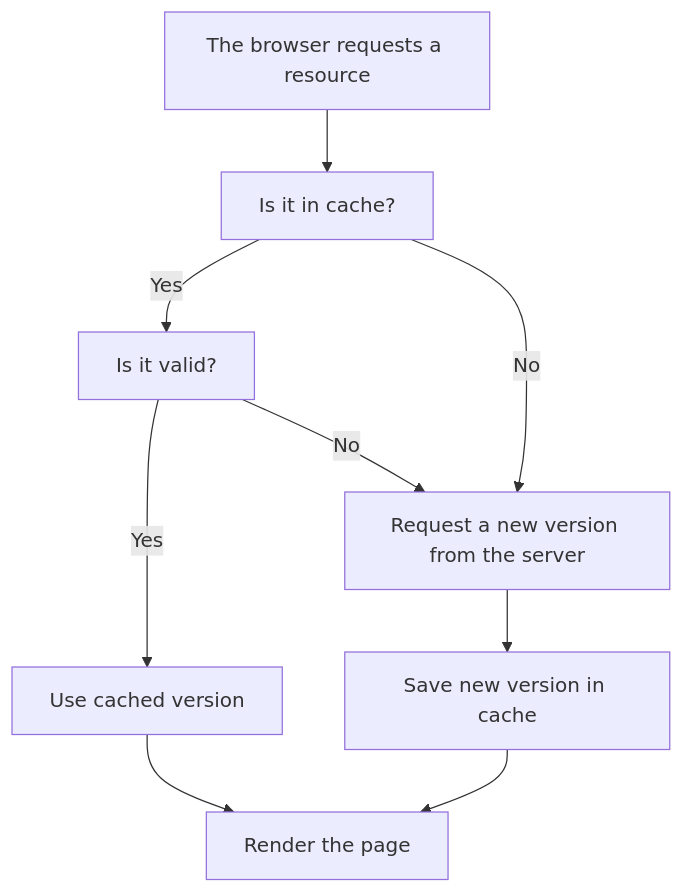
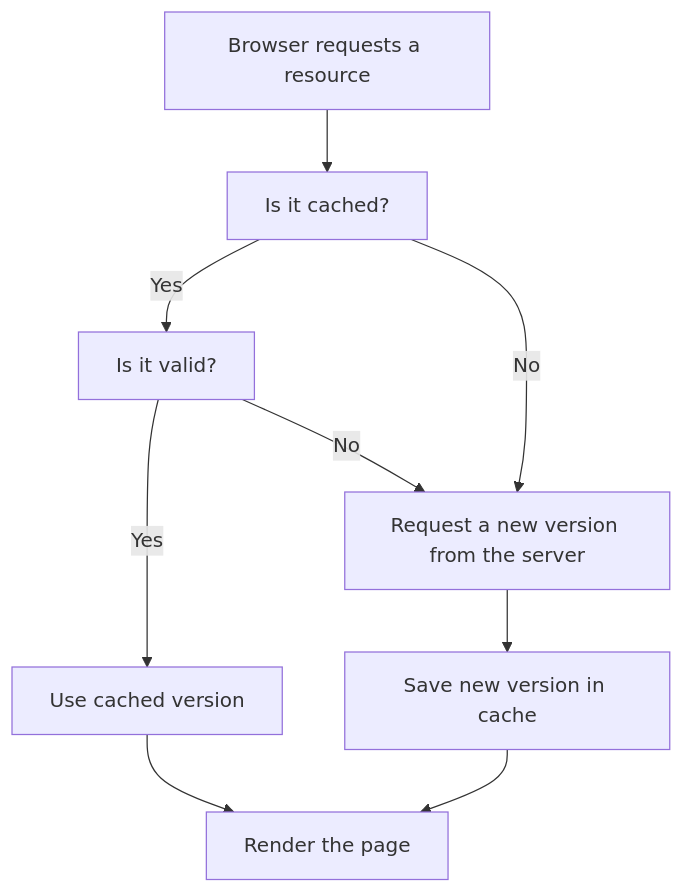
One commit to breatheco-de/mastering-web-dynamics-from-HTTP-to-real-time changed the diagram in lessons/optimizing-page-loading.md. Above: the diagram before and after it, drawn with Mermaid. The commit also changed other lines of this file and 2 other files, not shown here.

````diff
--- a/lessons/optimizing-page-loading.md
+++ b/lessons/optimizing-page-loading.md
@@ -51,11 +51,11 @@
 ```mermaid
 flowchart TD
-        A[The browser requests a resource] --> B[Is it in cache?]
+        A[Browser requests a resource] --> B[Is it cached?]
         B -- Yes --> C[Is it valid?]
         C -- Yes --> D[Use cached version]
         C -- No --> E[Request a new version from the server]
         B -- No --> E
         E --> F[Save new version in cache]
         D --> G[Render the page]
         F --> G
 ```
````
